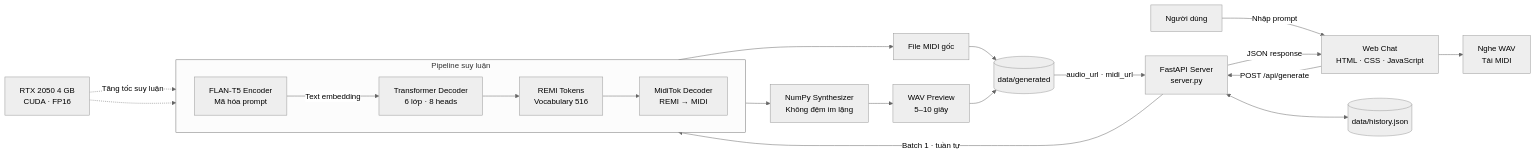
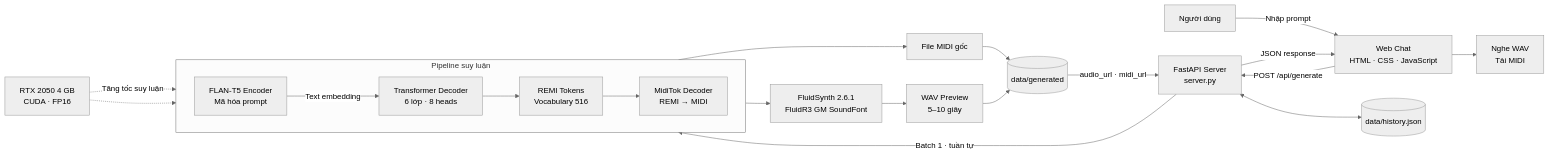
Before and after one commit to dtc245200030/MusicGenAI_2.0: the diagram in README.md, drawn with Mermaid (neutral theme). The commit also changed other lines of this file, not shown here.

````diff
--- a/README.md
+++ b/README.md
@@ -21,32 +21,32 @@
 ```mermaid
 flowchart LR
     U["Người dùng"] -->|"Nhập prompt"| UI["Web Chat<br/>HTML · CSS · JavaScript"]
     UI -->|"POST /api/generate"| API["FastAPI Server<br/>server.py"]
 
     subgraph INFERENCE["Pipeline suy luận"]
         direction LR
         T5["FLAN-T5 Encoder<br/>Mã hóa prompt"]
         DEC["Transformer Decoder<br/>6 lớp · 8 heads"]
         TOK["REMI Tokens<br/>Vocabulary 516"]
         MIDI["MidiTok Decoder<br/>REMI → MIDI"]
         T5 -->|"Text embedding"| DEC
         DEC --> TOK
         TOK --> MIDI
     end
 
     API -->|"Batch 1 · tuần tự"| T5
     GPU["RTX 2050 4 GB<br/>CUDA · FP16"] -.->|"Tăng tốc suy luận"| T5
     GPU -.-> DEC
 
     MIDI --> MID["File MIDI gốc"]
-    MIDI --> SYNTH["NumPy Synthesizer<br/>Không đệm im lặng"]
+    MIDI --> SYNTH["FluidSynth 2.6.1<br/>FluidR3 GM SoundFont"]
     SYNTH --> WAV["WAV Preview<br/>5–10 giây"]
 
     MID --> STORE[("data/generated")]
     WAV --> STORE
     API <--> HISTORY[("data/history.json")]
 
     STORE -->|"audio_url · midi_url"| API
     API -->|"JSON response"| UI
     UI --> PLAY["Nghe WAV<br/>Tải MIDI"]
 ```
````
